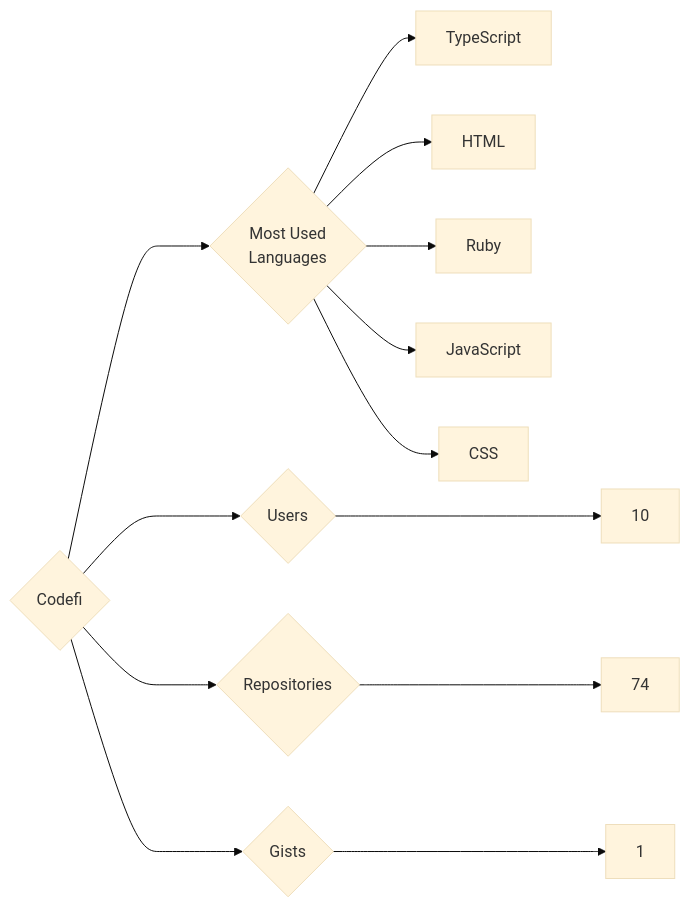
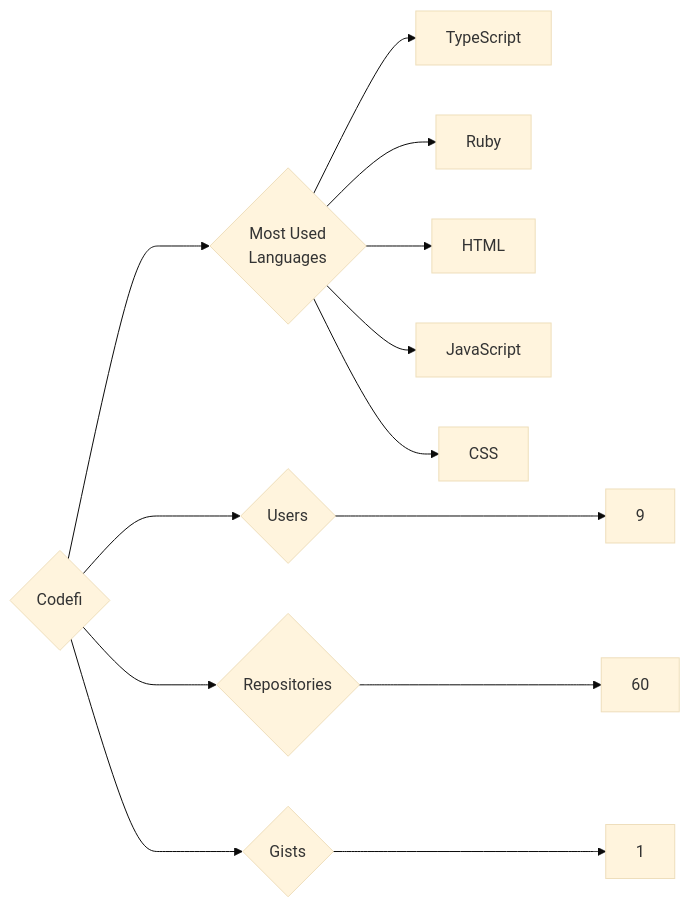
The diagram in targets/Codefi/README.md (trickest/insiders), drawn with Mermaid (base theme) before and after one commit. The commit also changed 1120 other files, not shown here.

````diff
--- a/targets/Codefi/README.md
+++ b/targets/Codefi/README.md
@@ -3,13 +3,13 @@
 ```mermaid
 graph LR
 COMPANY_NAME{Codefi}
-COMPANY_NAME ---> U{Users} ---> UN[10]
-COMPANY_NAME ---> R{Repositories} ---> RN[74]
+COMPANY_NAME ---> U{Users} ---> UN[9]
+COMPANY_NAME ---> R{Repositories} ---> RN[60]
 COMPANY_NAME ---> G{Gists} ---> GN[1]
 COMPANY_NAME ---> ML{Most Used<br>Languages}
 ML --> TypeScript[TypeScript]
+ML --> Ruby[Ruby]
 ML --> HTML[HTML]
-ML --> Ruby[Ruby]
 ML --> JavaScript[JavaScript]
 ML --> CSS[CSS]
 ```
````
